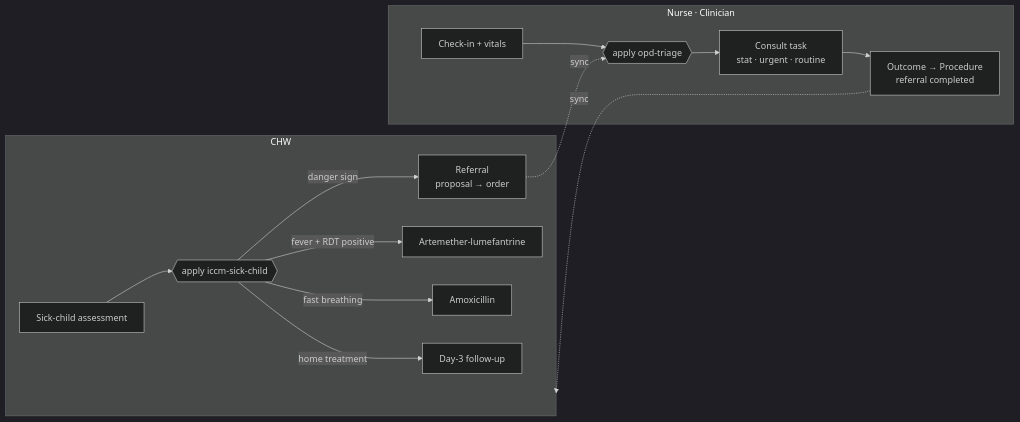
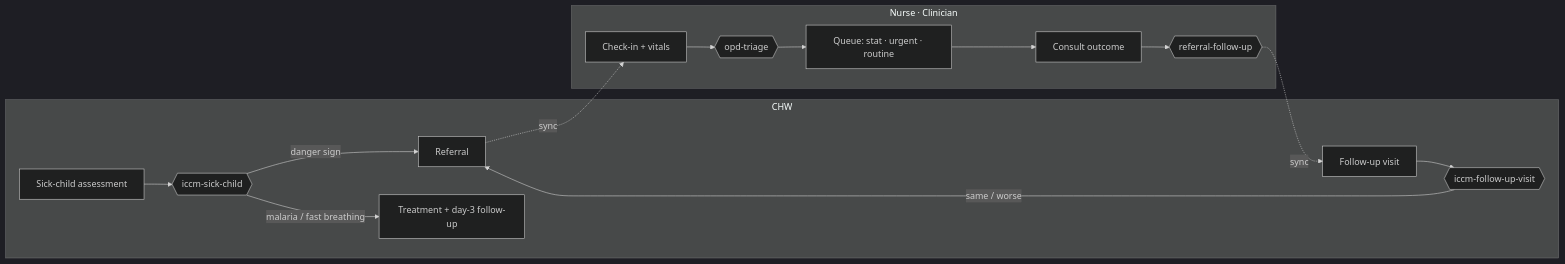
One commit to ohs-foundation/player-reference-examples changed the diagram in workflow-examples/README.md. Above: the diagram before and after it, drawn with Mermaid (dark theme). The commit also changed other lines of this file and 4 other files, not shown here.

````diff
--- a/workflow-examples/README.md
+++ b/workflow-examples/README.md
@@ -5,17 +7,18 @@
 ```mermaid
 flowchart LR
   subgraph Community["CHW"]
-    A[Sick-child assessment] --> B{{"apply iccm-sick-child"}}
-    B -->|danger sign| R[Referral<br/>proposal → order]
-    B -->|fever + RDT positive| M1[Artemether-lumefantrine]
-    B -->|fast breathing| M2[Amoxicillin]
-    B -->|home treatment| F[Day-3 follow-up]
+    A[Sick-child assessment] --> B{{"iccm-sick-child"}}
+    B -->|danger sign| R[Referral]
+    B -->|malaria / fast breathing| M[Treatment + day-3 follow-up]
+    V[Follow-up visit] --> W{{"iccm-follow-up-visit"}}
+    W -->|same / worse| R
   end
   subgraph Facility["Nurse · Clinician"]
-    K[Check-in + vitals] --> T{{"apply opd-triage"}}
-    T --> Q[Consult task<br/>stat · urgent · routine]
-    Q --> P[Outcome → Procedure<br/>referral completed]
+    K[Check-in + vitals] --> T{{"opd-triage"}}
+    T --> Q[Queue: stat · urgent · routine]
+    Q --> P[Consult outcome]
+    P --> H{{"referral-follow-up"}}
   end
-  R -. sync .-> T
-  P -. sync .-> Community
+  R -. sync .-> K
+  H -. sync .-> V
 ```
````
